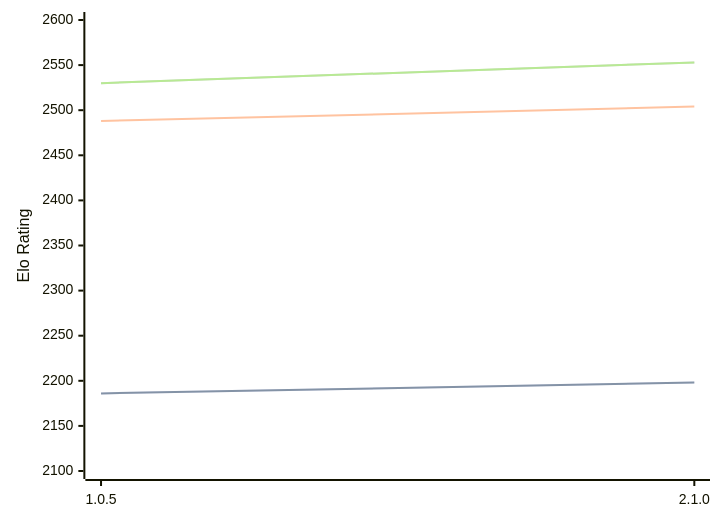
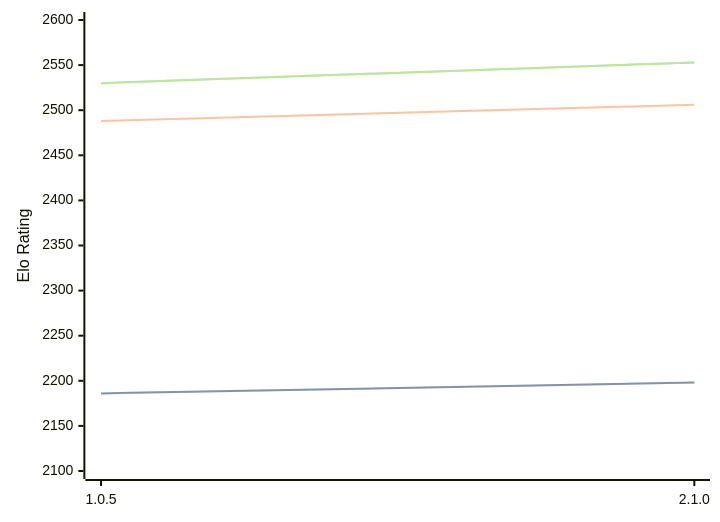
One commit to computer-chess-index/cci changed the diagram in engines/Ruffian.md. Above: the diagram before and after it, drawn with Mermaid. The commit also changed other lines of this file, not shown here.

````diff
--- a/engines/Ruffian.md
+++ b/engines/Ruffian.md
@@ -32,11 +32,11 @@
 ```mermaid
 %%{init: {"theme":"base","themeVariables":{"seriesColors:['#a3a3a3','#222221','#faa371']}}}%%
 xychart-beta
   x-axis ["1.0.5", "2.1.0"]
   y-axis "Elo Rating" 2100 --> 2600
   line "STC (8.0+0.08s)" [2186, 2198]
   line "STC (8.0+0.08s)" [2186, 2198]
-  line "LTC (60.0+0.60s)" [2488, 2504]
+  line "LTC (60.0+0.60s)" [2488, 2506]
   line "VLTC (2m24s+1.12s)" [2530, 2553]
   line "VLTC (2m24s+1.12s)" [2530, 2553]
 ```
````
